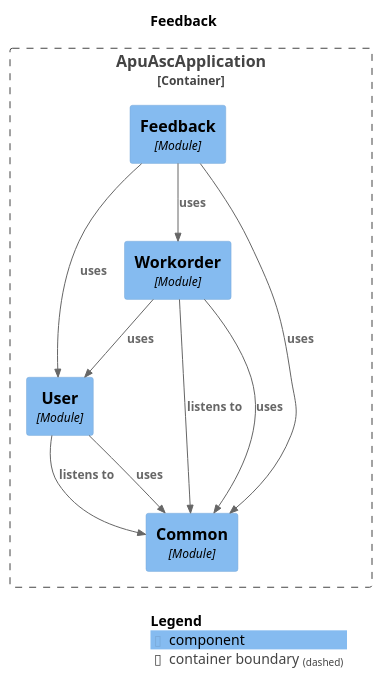
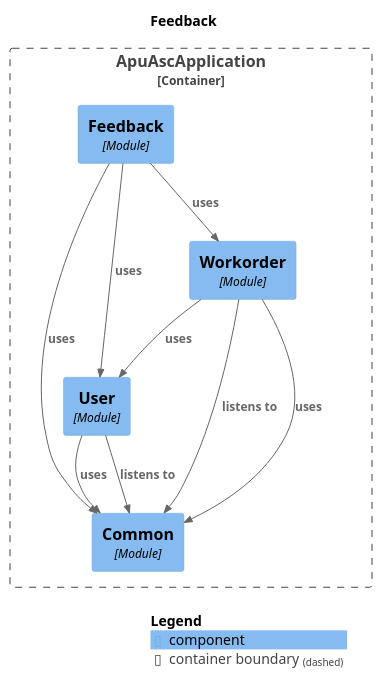
Before and after one commit to ryanlau1220/APU-ASC: the diagram in docs/diagrams/puml/module-feedback.puml, drawn with PlantUML. The commit also changed other lines of this file and 14 other files, not shown here.

Commit message:
reorder C4 component definitions and relationship entries for consistency across module diagrams

```diff
--- a/docs/diagrams/puml/module-feedback.puml
+++ b/docs/diagrams/puml/module-feedback.puml
@@ -1,28 +1,28 @@
 @startuml
 set separator none
 title Feedback
 
 top to bottom direction
 
 !include <C4/C4>
 !include <C4/C4_Context>
 !include <C4/C4_Component>
 
 Container_Boundary("ApuAscApplication.ApuAscApplication_boundary", "ApuAscApplication", $tags="") {
+  Component(ApuAscApplication.ApuAscApplication.Common, "Common", $techn="Module", $descr="", $tags="", $link="")
+  Component(ApuAscApplication.ApuAscApplication.Feedback, "Feedback", $techn="Module", $descr="", $tags="", $link="")
   Component(ApuAscApplication.ApuAscApplication.User, "User", $techn="Module", $descr="", $tags="", $link="")
   Component(ApuAscApplication.ApuAscApplication.Workorder, "Workorder", $techn="Module", $descr="", $tags="", $link="")
-  Component(ApuAscApplication.ApuAscApplication.Feedback, "Feedback", $techn="Module", $descr="", $tags="", $link="")
-  Component(ApuAscApplication.ApuAscApplication.Common, "Common", $techn="Module", $descr="", $tags="", $link="")
 }
 
-Rel(ApuAscApplication.ApuAscApplication.Workorder, ApuAscApplication.ApuAscApplication.Common, "listens to", $techn="", $tags="", $link="")
-Rel(ApuAscApplication.ApuAscApplication.Workorder, ApuAscApplication.ApuAscApplication.User, "uses", $techn="", $tags="", $link="")
-Rel(ApuAscApplication.ApuAscApplication.Workorder, ApuAscApplication.ApuAscApplication.Common, "uses", $techn="", $tags="", $link="")
+Rel(ApuAscApplication.ApuAscApplication.Feedback, ApuAscApplication.ApuAscApplication.Common, "uses", $techn="", $tags="", $link="")
+Rel(ApuAscApplication.ApuAscApplication.Feedback, ApuAscApplication.ApuAscApplication.User, "uses", $techn="", $tags="", $link="")
 Rel(ApuAscApplication.ApuAscApplication.Feedback, ApuAscApplication.ApuAscApplication.Workorder, "uses", $techn="", $tags="", $link="")
-Rel(ApuAscApplication.ApuAscApplication.Feedback, ApuAscApplication.ApuAscApplication.User, "uses", $techn="", $tags="", $link="")
-Rel(ApuAscApplication.ApuAscApplication.Feedback, ApuAscApplication.ApuAscApplication.Common, "uses", $techn="", $tags="", $link="")
 Rel(ApuAscApplication.ApuAscApplication.User, ApuAscApplication.ApuAscApplication.Common, "listens to", $techn="", $tags="", $link="")
 Rel(ApuAscApplication.ApuAscApplication.User, ApuAscApplication.ApuAscApplication.Common, "uses", $techn="", $tags="", $link="")
+Rel(ApuAscApplication.ApuAscApplication.Workorder, ApuAscApplication.ApuAscApplication.Common, "listens to", $techn="", $tags="", $link="")
+Rel(ApuAscApplication.ApuAscApplication.Workorder, ApuAscApplication.ApuAscApplication.Common, "uses", $techn="", $tags="", $link="")
+Rel(ApuAscApplication.ApuAscApplication.Workorder, ApuAscApplication.ApuAscApplication.User, "uses", $techn="", $tags="", $link="")
 
 SHOW_LEGEND(true)
 @enduml
```
